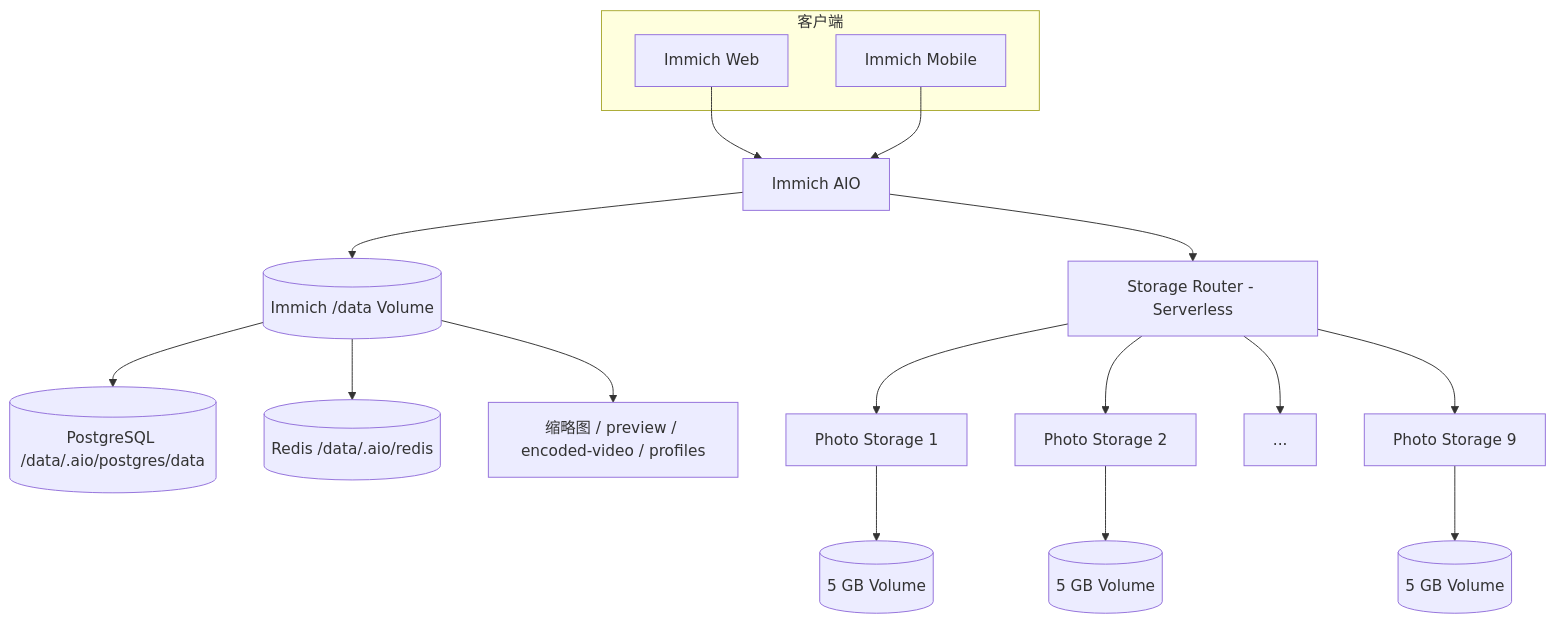
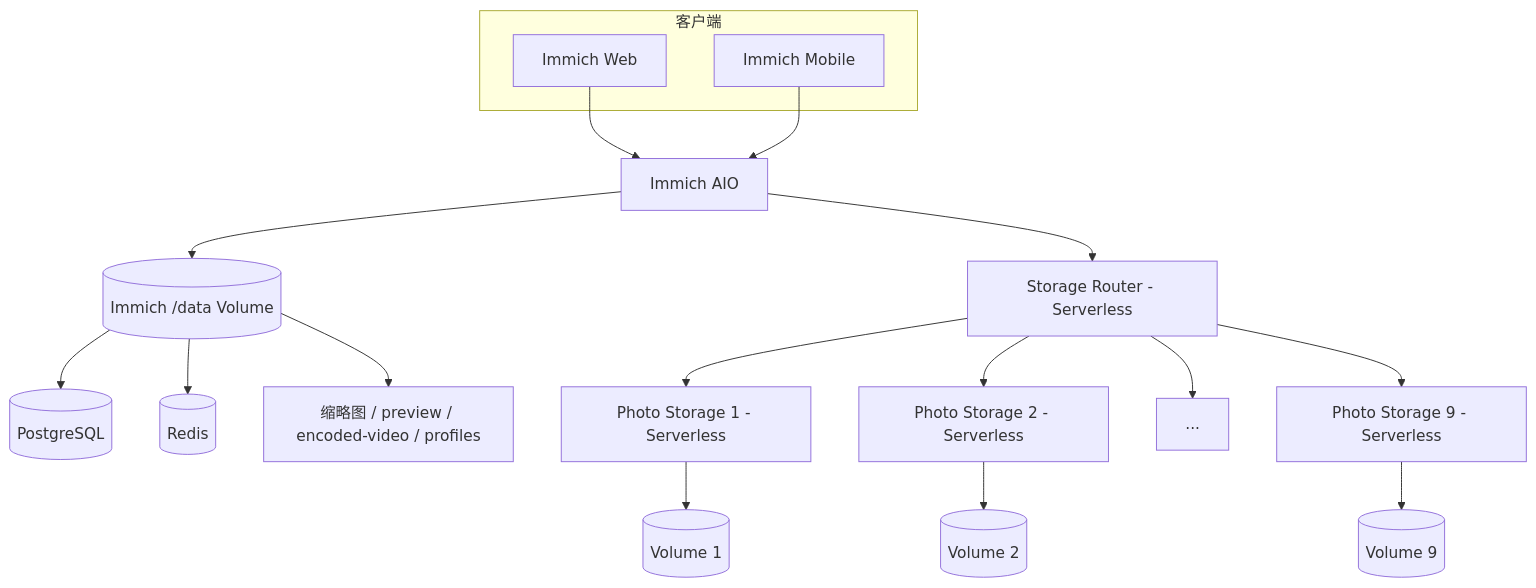
The diagram in RAILWAY_REMOTE_STORAGE.md (bowardzhang/immich), drawn with Mermaid before and after one commit. The commit also changed other lines of this file, not shown here.

Commit message:
docs: align Railway architecture with 3.2.1 isolated branch

````diff
--- a/RAILWAY_REMOTE_STORAGE.md
+++ b/RAILWAY_REMOTE_STORAGE.md
@@ -21,26 +20,26 @@
 ```mermaid
 flowchart TB
     subgraph Clients[客户端]
       W[Immich Web]
       M[Immich Mobile]
     end
 
     W --> I[Immich AIO]
     M --> I
 
     I --> D[(Immich /data Volume)]
     I --> R[Storage Router - Serverless]
 
-    D --> DB[(PostgreSQL /data/.aio/postgres/data)]
-    D --> RD[(Redis /data/.aio/redis)]
+    D --> DB[(PostgreSQL)]
+    D --> RD[(Redis)]
     D --> DER[缩略图 / preview / encoded-video / profiles]
 
-    R --> S1[Photo Storage 1]
-    R --> S2[Photo Storage 2]
+    R --> S1[Photo Storage 1 - Serverless]
+    R --> S2[Photo Storage 2 - Serverless]
     R --> SX[...]
-    R --> S9[Photo Storage 9]
+    R --> S9[Photo Storage 9 - Serverless]
 
-    S1 --> V1[(5 GB Volume)]
-    S2 --> V2[(5 GB Volume)]
-    S9 --> V9[(5 GB Volume)]
+    S1 --> V1[(Volume 1)]
+    S2 --> V2[(Volume 2)]
+    S9 --> V9[(Volume 9)]
 ```
````
